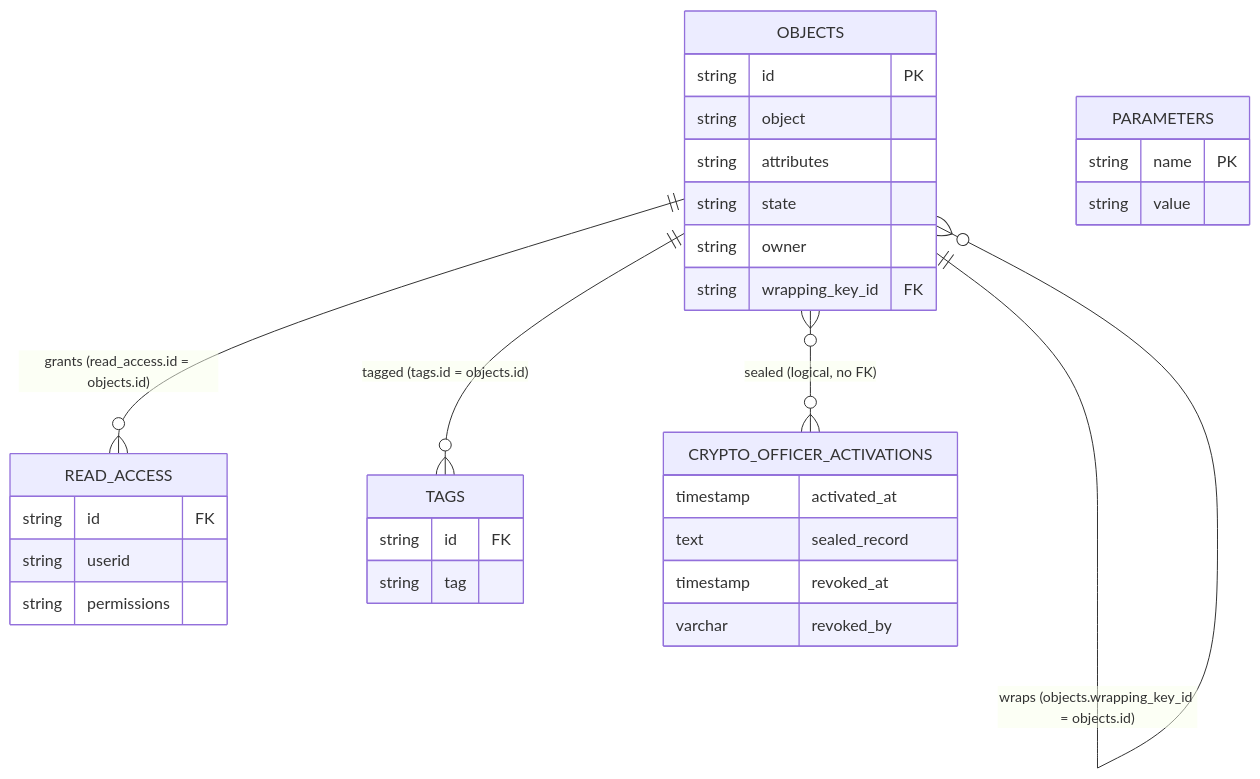
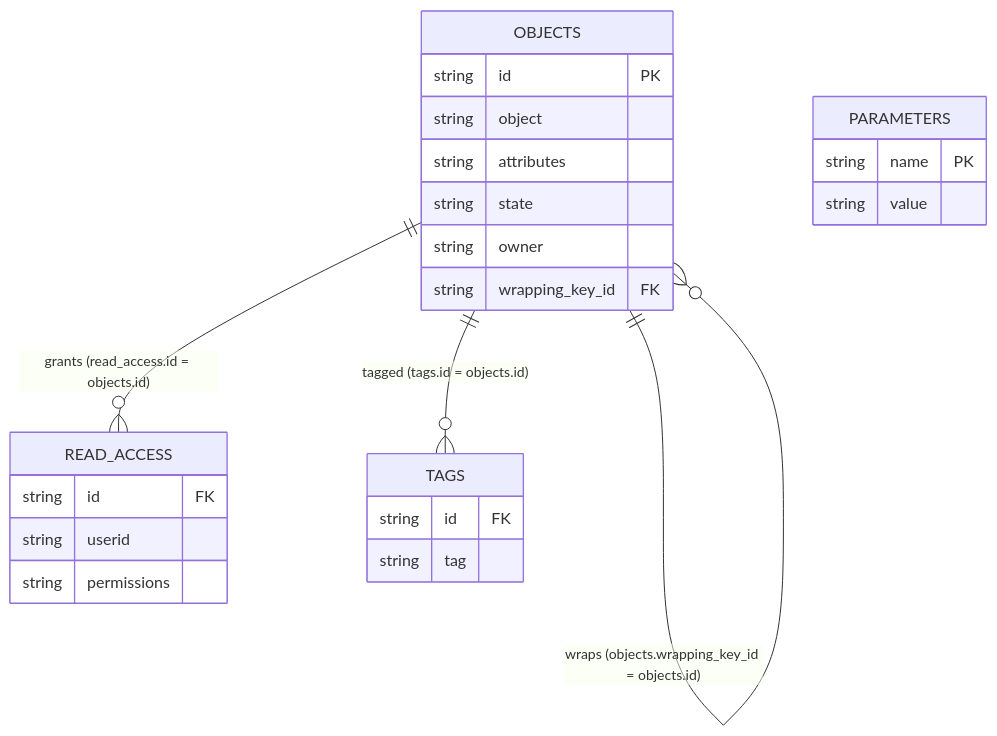
One commit to Cosmian/kms changed the diagram in documentation/docs/configuration/database/tables.md. Above: the diagram before and after it, drawn with Mermaid. The commit also changed other lines of this file and 31 other files, not shown here.

````diff
--- a/documentation/docs/configuration/database/tables.md
+++ b/documentation/docs/configuration/database/tables.md
@@ -22,34 +22,27 @@
 ```mermaid
 erDiagram
     OBJECTS ||--o{ READ_ACCESS : "grants (read_access.id = objects.id)"
     OBJECTS ||--o{ TAGS : "tagged (tags.id = objects.id)"
     OBJECTS ||--o{ OBJECTS : "wraps (objects.wrapping_key_id = objects.id)"
-    OBJECTS }o--o{ CRYPTO_OFFICER_ACTIVATIONS : "sealed (logical, no FK)"
     PARAMETERS {
         string name PK
         string value
     }
     OBJECTS {
         string id PK
         string object
         string attributes
         string state
         string owner
         string wrapping_key_id FK
     }
     READ_ACCESS {
         string id FK
         string userid
         string permissions
     }
     TAGS {
         string id FK
         string tag
     }
-    CRYPTO_OFFICER_ACTIVATIONS {
-        timestamp activated_at
-        text sealed_record
-        timestamp revoked_at
-        varchar revoked_by
-    }
 ```
````
